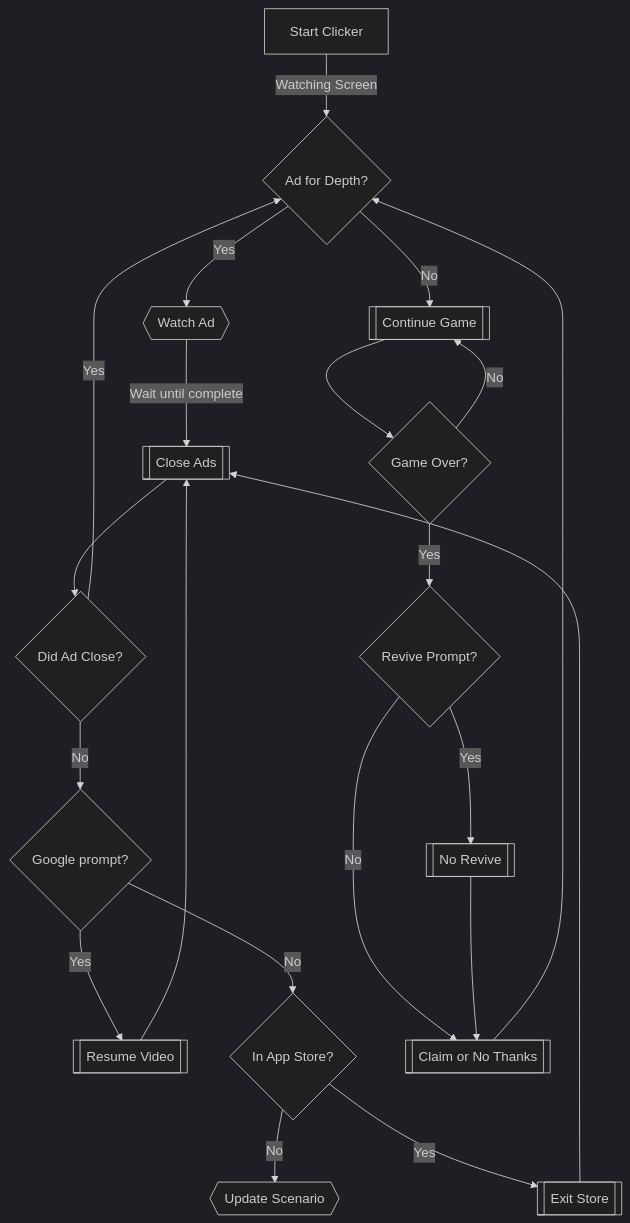
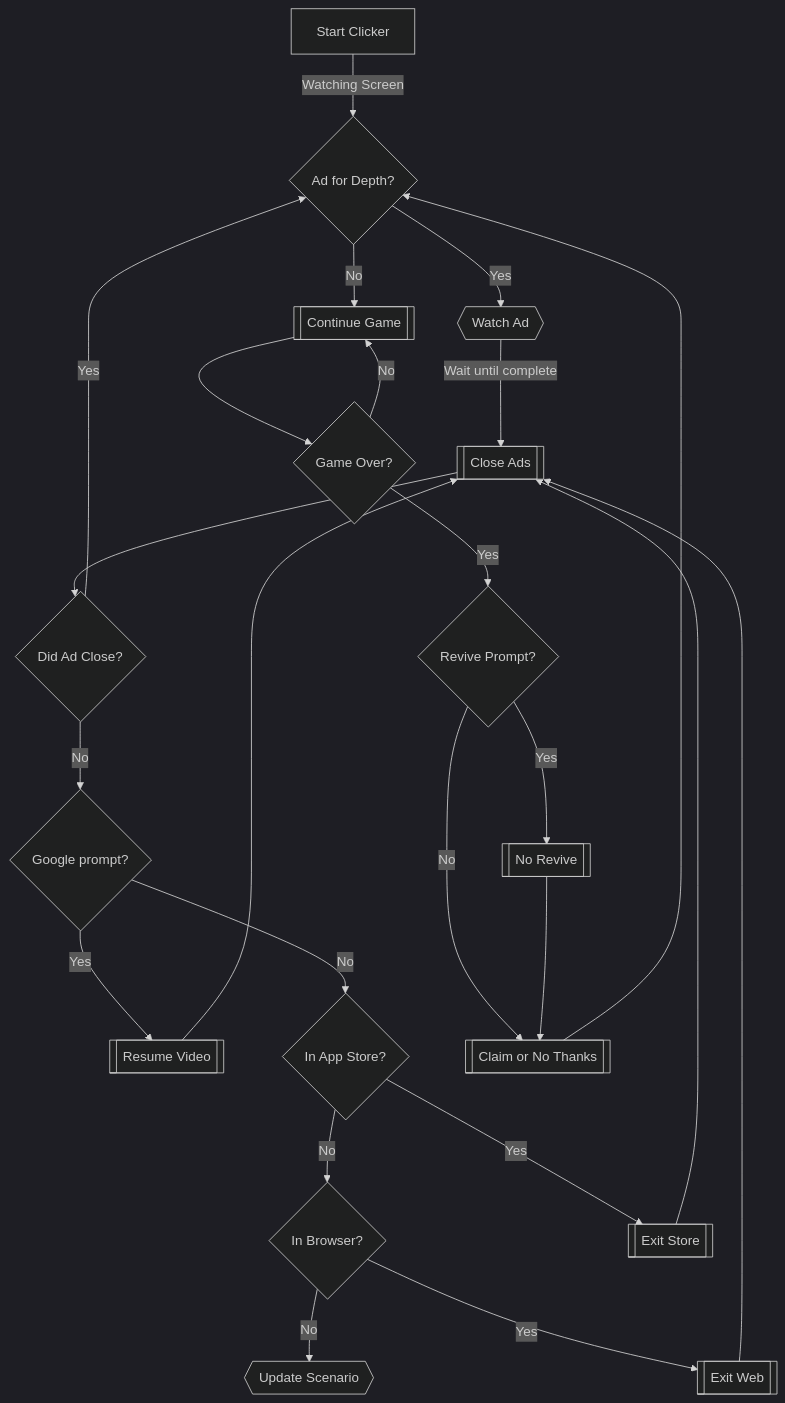
Before and after one commit to Neighborhood-Data-Science/instant-beer-money: the diagram in AutoClick Patterns/Games/Eat Repeat/README.md, drawn with Mermaid (dark theme). The commit also changed other lines of this file, not shown here.

Commit message:
Update README.md
Update flowchart.
Added additional scenario.

````diff
--- a/AutoClick Patterns/Games/Eat Repeat/README.md
+++ b/AutoClick Patterns/Games/Eat Repeat/README.md
@@ -55,23 +60,26 @@
 ```mermaid
 graph TD;
     A[Start Clicker]-->|Watching Screen|B{Ad for Depth?};
     B-->|Yes|C{{Watch Ad}};
     B-->|No|D[[Continue Game]];
-    C-->|Wait until complete|E[[Close Ads]]
+    C-->|Wait until complete|E[[Close Ads]];
     E-->F{Did Ad Close?};
     F-->|No|G{Google prompt?};
     F-->|Yes|B{Ad for Depth?};
     H-->E[[Close Ads]];
     G-->|No|J{In App Store?};
     G-->|Yes|H[[Resume Video]];
-    J-->|No|P{{Update Scenario}};
+    J-->|No|P{In Browser?};
+    P-->|No|Q{{Update Scenario}};
+    P-->|Yes|R[[Exit Web]];
+    R-->E;
     J-->|Yes|O[[Exit Store]];
     O-->E;
     D-->K{Game Over?};
     K-->|Yes|L{Revive Prompt?};
     K-->|No|D;
     L-->|No|M;
     L-->|Yes|N[[No Revive]];
     N-->M[[Claim or No Thanks]];
     M-->B;
 ```
````
